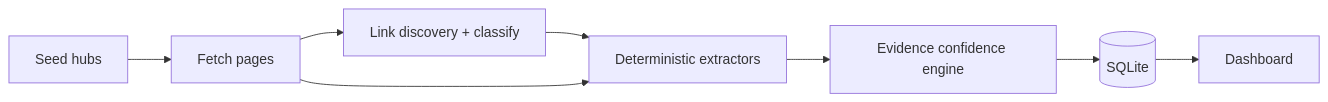
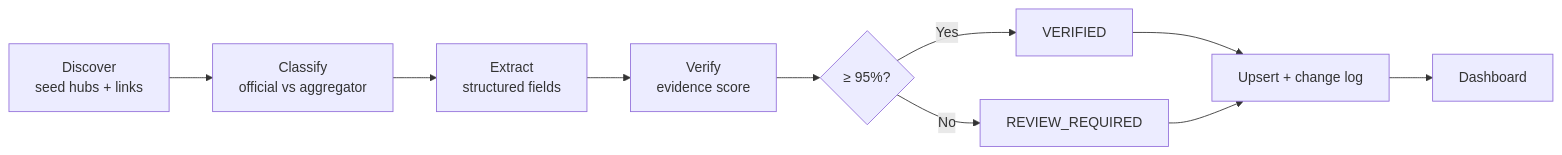
The third of 7 diagrams in README.md (nishant-uxs/edxso-scholarship-crawler), drawn with Mermaid before and after one commit. The commit also changed other lines of this file and 8 other files, not shown here.

Commit message:
Polish README to Assignment-1 style with submission pack, Mermaid, and screenshots.

````diff
--- a/README.md
+++ b/README.md
@@ -55,10 +168,12 @@
 ```mermaid
 flowchart LR
-  Seeds[Seed hubs] --> Fetch[Fetch pages]
-  Fetch --> Discover[Link discovery + classify]
-  Discover --> Extract[Deterministic extractors]
-  Extract --> Verify[Evidence confidence engine]
-  Verify --> DB[(SQLite)]
-  DB --> UI[Dashboard]
-  Fetch --> Extract
+  A[Discover<br/>seed hubs + links] --> B[Classify<br/>official vs aggregator]
+  B --> C[Extract<br/>structured fields]
+  C --> D[Verify<br/>evidence score]
+  D --> E{≥ 95%?}
+  E -->|Yes| F[VERIFIED]
+  E -->|No| G[REVIEW_REQUIRED]
+  F --> H[Upsert + change log]
+  G --> H
+  H --> I[Dashboard]
 ```
````
